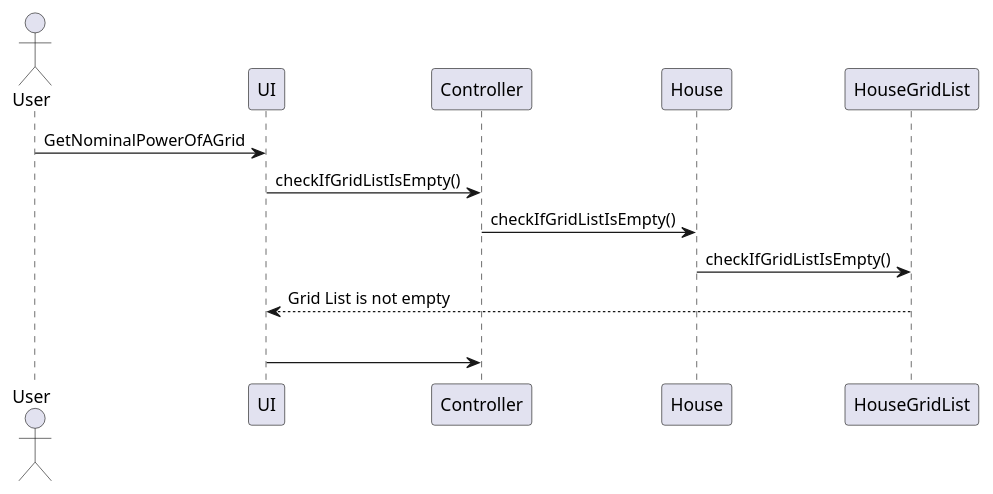
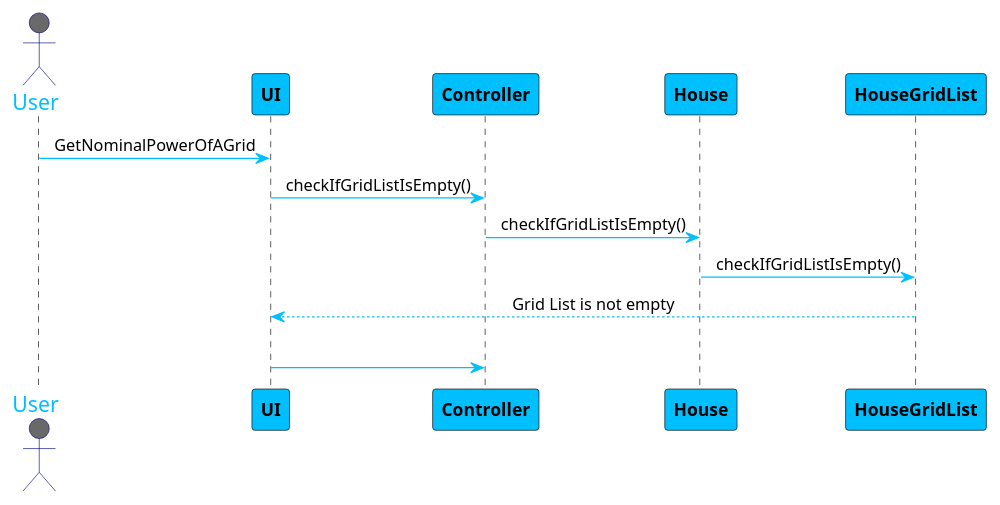
The diagram in src/main/java/pt/ipp/isep/dei/project/controllers/GetNominalPowerOfAGrid.puml (1181687/hateoasToy), drawn with PlantUML before and after one commit. The commit also changed 4 other files, not shown here.

Commit message:
Changes to Sequence Diagrams (list of sensors/devices in Room, list of devices in HouseGrid, nominal power of grid/room)

```diff
--- a/src/main/java/pt/ipp/isep/dei/project/controllers/GetNominalPowerOfAGrid.puml
+++ b/src/main/java/pt/ipp/isep/dei/project/controllers/GetNominalPowerOfAGrid.puml
@@ -1,12 +1,28 @@
 @startuml
+skinparam sequenceMessageAlign center
+skinparam sequence {
+	ArrowColor DeepSkyBlue
+	ActorBorderColor DarkBlue
+	LifeLineBorderColor black
+	LifeLineBackgroundColor #A9DCDF
+
+	ParticipantBorderColor Black
+	ParticipantBackgroundColor DeepSkyBlue
+	ParticipantFontStyle Bold
+
+	ActorBackgroundColor DimGrey
+	ActorFontColor DeepSkyBlue
+	ActorFontSize 17
+	ActorFontName Aapex
+}
 
 actor User
 User -> UI: GetNominalPowerOfAGrid
 UI -> Controller: checkIfGridListIsEmpty()
 Controller -> House: checkIfGridListIsEmpty()
 House -> HouseGridList: checkIfGridListIsEmpty()
 HouseGridList --> UI: Grid List is not empty
 alt successful case
 UI->Controller:
 
 @enduml
```
